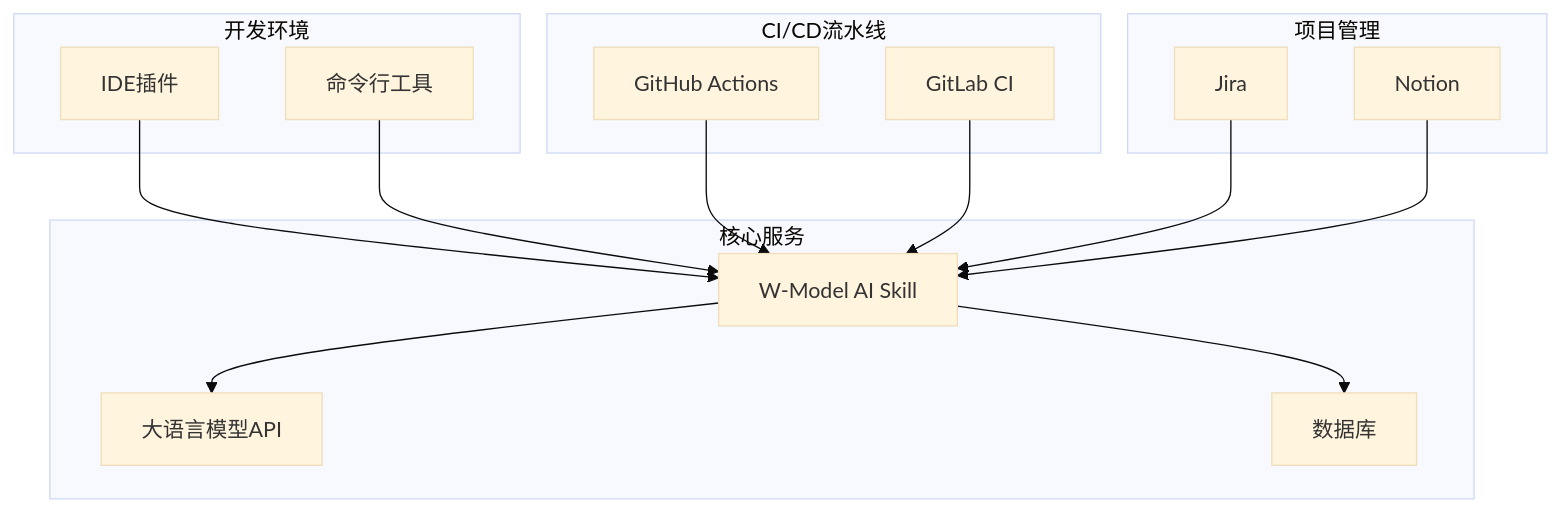
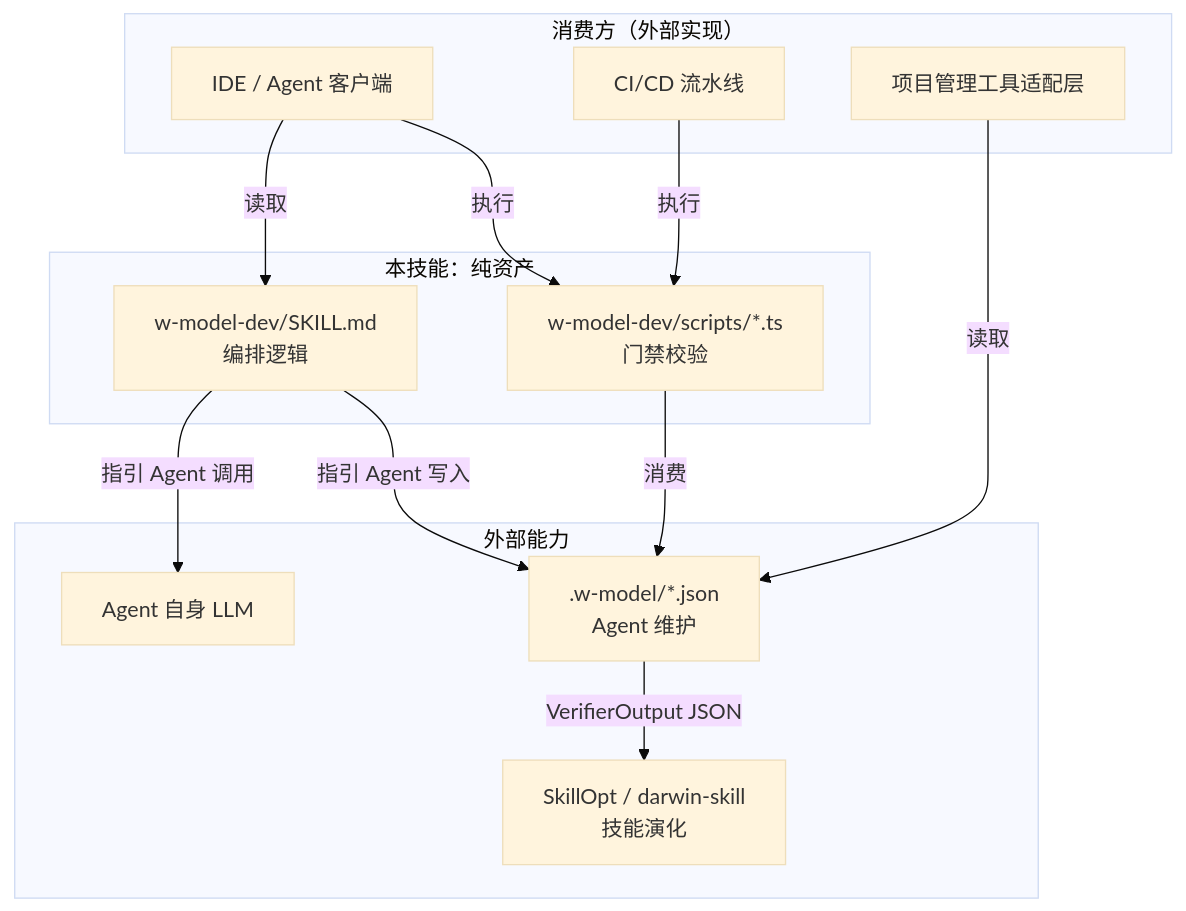
Before and after one commit to WangHHY19931001/Software_Engineering_W_Development_Model_Skills_Pack: diagram 11 of 12 in docs/skill-design-document_SSoT.md, drawn with Mermaid (base theme). The commit also changed other lines of this file and 28 other files, not shown here.

````diff
--- a/docs/skill-design-document_SSoT.md
+++ b/docs/skill-design-document_SSoT.md
@@ -890,32 +900,28 @@
 ```mermaid
 graph TD
-    subgraph 开发环境
-        IDE[IDE插件]
-        CLI[命令行工具]
+    subgraph 消费方[消费方（外部实现）]
+        IDE[IDE / Agent 客户端]
+        CI[CI/CD 流水线]
+        PM[项目管理工具适配层]
     end
-    
-    subgraph CI/CD流水线
-        GH[GitHub Actions]
-        GL[GitLab CI]
+
+    subgraph 技能包[本技能：纯资产]
+        SKILL[w-model-dev/SKILL.md<br/>编排逻辑]
+        SCRIPTS[w-model-dev/scripts/*.ts<br/>门禁校验]
     end
-    
-    subgraph 项目管理
-        JIRA[Jira]
-        NOTION[Notion]
+
+    subgraph 外部能力[外部能力]
+        LLM[Agent 自身 LLM]
+        STORE[.w-model/*.json<br/>Agent 维护]
+        EVO[SkillOpt / darwin-skill<br/>技能演化]
     end
-    
-    subgraph 核心服务
-        SKILL[W-Model AI Skill]
-        AI[大语言模型API]
-        DB[数据库]
-    end
-    
-    IDE --> SKILL
-    CLI --> SKILL
-    GH --> SKILL
-    GL --> SKILL
-    JIRA --> SKILL
-    NOTION --> SKILL
-    SKILL --> AI
-    SKILL --> DB
+
+    IDE -->|读取| SKILL
+    IDE -->|执行| SCRIPTS
+    CI -->|执行| SCRIPTS
+    PM -->|读取| STORE
+    SKILL -->|指引 Agent 调用| LLM
+    SKILL -->|指引 Agent 写入| STORE
+    SCRIPTS -->|消费| STORE
+    STORE -->|VerifierOutput JSON| EVO
 ```
````
